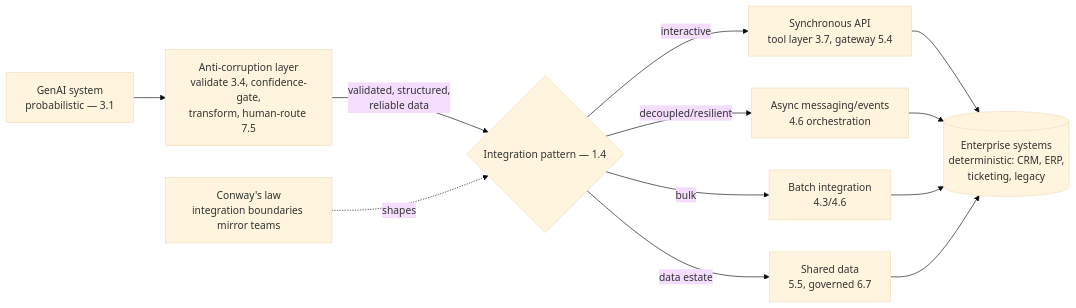
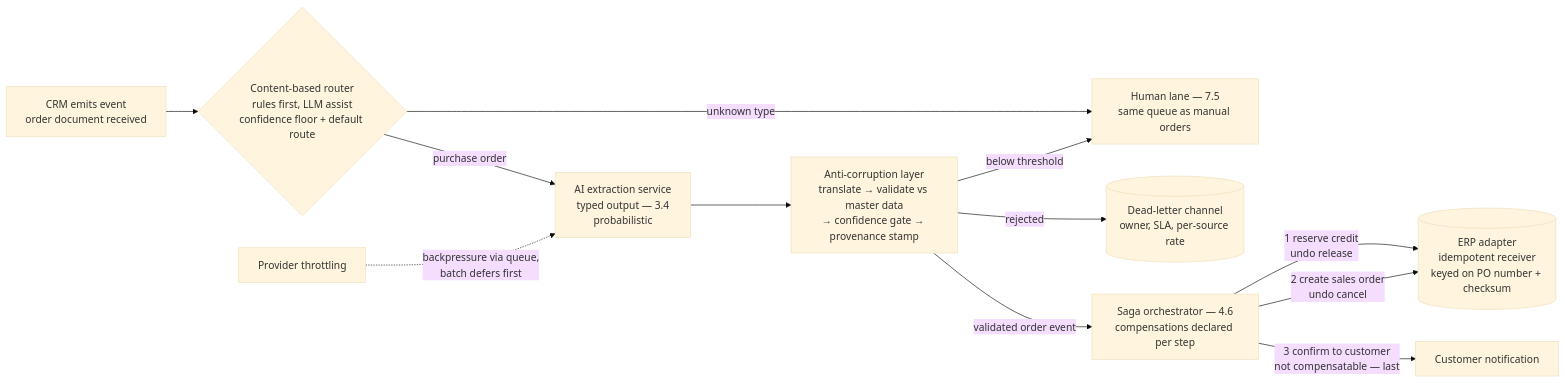
The diagram in curriculum/part-6-enterprise-architecture/chapter-04-enterprise-integration.md (sivakrushna-works/GSAC), drawn with Mermaid (base theme) before and after one commit. The commit also changed other lines of this file and 10 other files, not shown here.

````diff
--- a/curriculum/part-6-enterprise-architecture/chapter-04-enterprise-integration.md
+++ b/curriculum/part-6-enterprise-architecture/chapter-04-enterprise-integration.md
@@ -61,11 +77,14 @@
 ```mermaid
 flowchart LR
-    GENAI[GenAI system<br/>probabilistic — 3.1] --> ACL[Anti-corruption layer<br/>validate 3.4, confidence-gate,<br/>transform, human-route 7.5]
-    ACL -->|validated, structured,<br/>reliable data| PATTERNS{Integration pattern — 1.4}
-    PATTERNS -->|interactive| API[Synchronous API<br/>tool layer 3.7, gateway 5.4]
-    PATTERNS -->|decoupled/resilient| MSG[Async messaging/events<br/>4.6 orchestration]
-    PATTERNS -->|bulk| BATCH[Batch integration<br/>4.3/4.6]
-    PATTERNS -->|data estate| DATA[Shared data<br/>5.5, governed 6.7]
-    API & MSG & BATCH & DATA --> ENTERPRISE[(Enterprise systems<br/>deterministic: CRM, ERP,<br/>ticketing, legacy)]
-    CONWAY[Conway's law<br/>integration boundaries mirror teams] -.shapes.-> PATTERNS
+    CRM[CRM emits event<br/>order document received] --> RTR{Content-based router<br/>rules first, LLM assist<br/>confidence floor + default route}
+    RTR -->|purchase order| AI[AI extraction service<br/>typed output — 3.4<br/>probabilistic]
+    RTR -->|unknown type| HUM[Human lane — 7.5<br/>same queue as manual orders]
+    AI --> ACL[Anti-corruption layer<br/>translate → validate vs master data<br/>→ confidence gate → provenance stamp]
+    ACL -->|below threshold| HUM
+    ACL -->|rejected| DLQ[(Dead-letter channel<br/>owner, SLA, per-source rate)]
+    ACL -->|validated order event| SAGA[Saga orchestrator — 4.6<br/>compensations declared per step]
+    SAGA -->|1 reserve credit<br/>undo release| ERP[(ERP adapter<br/>idempotent receiver<br/>keyed on PO number + checksum)]
+    SAGA -->|2 create sales order<br/>undo cancel| ERP
+    SAGA -->|3 confirm to customer<br/>not compensatable — last| OUT[Customer notification]
+    PROV[Provider throttling] -.backpressure via queue,<br/>batch defers first.-> AI
 ```
````
